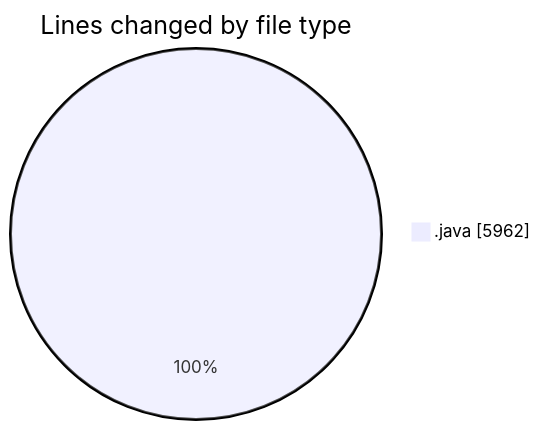
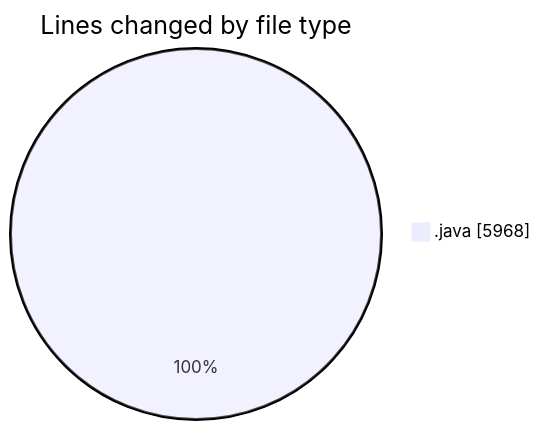
The first of 2 diagrams in 2026-05-05/cilapp/README.md (ricardozamudiocil/code-tracking), drawn with Mermaid before and after one commit. The commit also changed other lines of this file and 1 other file, not shown here.

````diff
--- a/2026-05-05/cilapp/README.md
+++ b/2026-05-05/cilapp/README.md
@@ -25,5 +26,5 @@
 ```mermaid
 pie showData
 title Lines changed by file type
-".java" : 5962
+".java" : 5968
 ```
````
